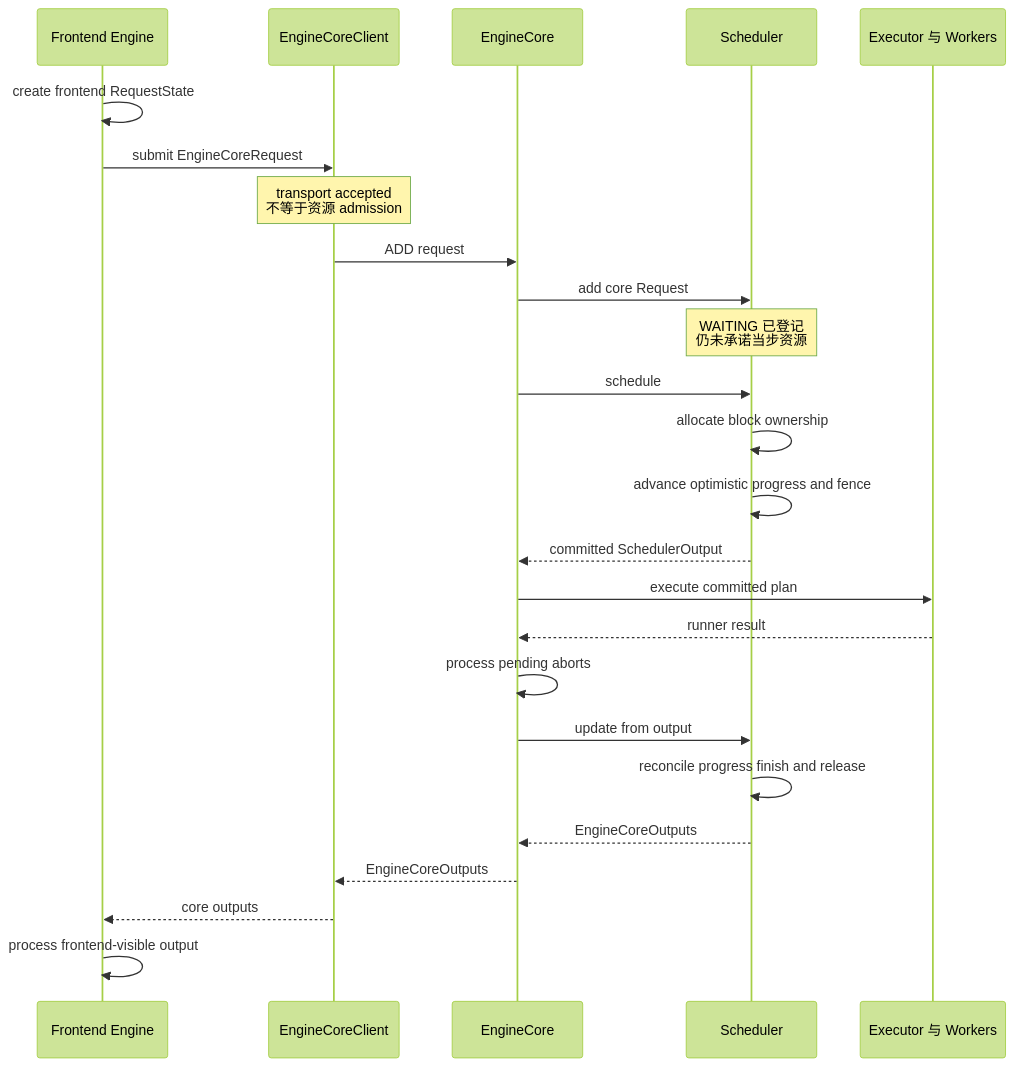
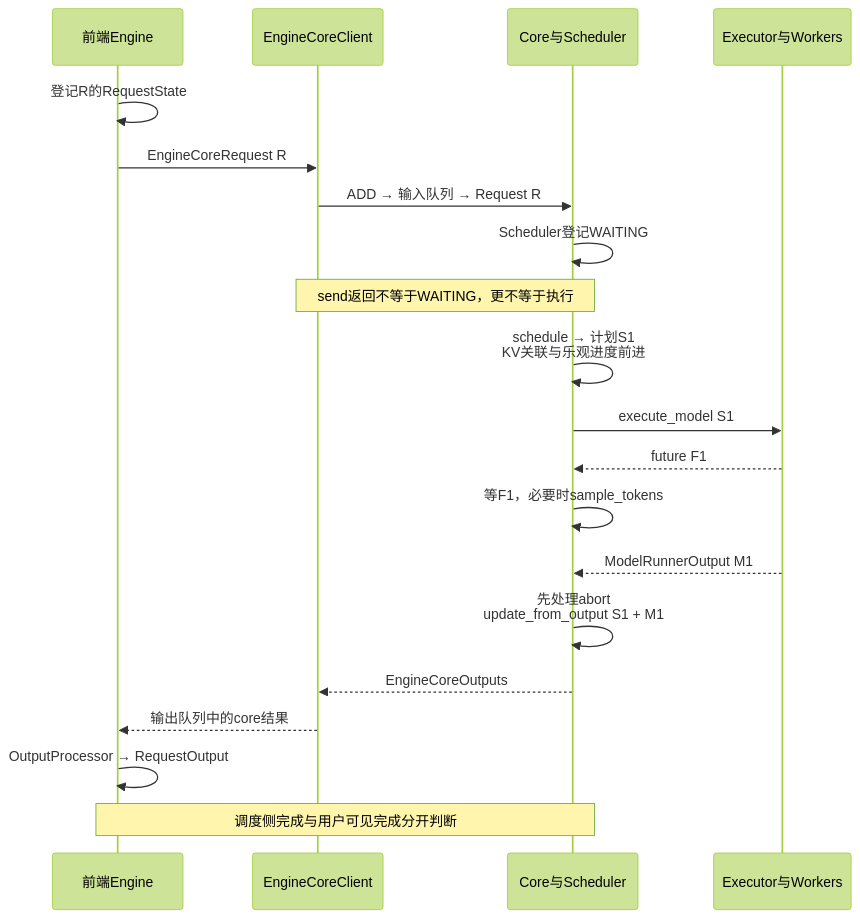
The first of 5 diagrams in wiki/02_engineering/03_infer_frameworks/vllm/10_vllm_engine_architecture_analysis.md (suhaibo666/llm-knowledge), drawn with Mermaid (forest theme) before and after one commit. The commit also changed other lines of this file and 49 other files, not shown here.

````diff
--- a/wiki/02_engineering/03_infer_frameworks/vllm/10_vllm_engine_architecture_analysis.md
+++ b/wiki/02_engineering/03_infer_frameworks/vllm/10_vllm_engine_architecture_analysis.md
@@ -123,28 +57,22 @@
 ```mermaid
 sequenceDiagram
-    participant F as Frontend Engine
+    participant F as 前端Engine
     participant C as EngineCoreClient
-    participant EC as EngineCore
-    participant S as Scheduler
-    participant E as Executor 与 Workers
-
-    F->>F: create frontend RequestState
-    F->>C: submit EngineCoreRequest
-    Note over C: transport accepted<br/>不等于资源 admission
-    C->>EC: ADD request
-    EC->>S: add core Request
-    Note over S: WAITING 已登记<br/>仍未承诺当步资源
-    EC->>S: schedule
-    S->>S: allocate block ownership
-    S->>S: advance optimistic progress and fence
-    S-->>EC: committed SchedulerOutput
-    EC->>E: execute committed plan
-    E-->>EC: runner result
-    EC->>EC: process pending aborts
-    EC->>S: update from output
-    S->>S: reconcile progress finish and release
-    S-->>EC: EngineCoreOutputs
-    EC-->>C: EngineCoreOutputs
-    C-->>F: core outputs
-    F->>F: process frontend-visible output
+    participant S as Core与Scheduler
+    participant E as Executor与Workers
+    F->>F: 登记R的RequestState
+    F->>C: EngineCoreRequest R
+    C->>S: ADD → 输入队列 → Request R
+    S->>S: Scheduler登记WAITING
+    Note over C,S: send返回不等于WAITING，更不等于执行
+    S->>S: schedule → 计划S1<br/>KV关联与乐观进度前进
+    S->>E: execute_model S1
+    E-->>S: future F1
+    S->>S: 等F1，必要时sample_tokens
+    E-->>S: ModelRunnerOutput M1
+    S->>S: 先处理abort<br/>update_from_output S1 + M1
+    S-->>C: EngineCoreOutputs
+    C-->>F: 输出队列中的core结果
+    F->>F: OutputProcessor → RequestOutput
+    Note over F,S: 调度侧完成与用户可见完成分开判断
 ```
````
